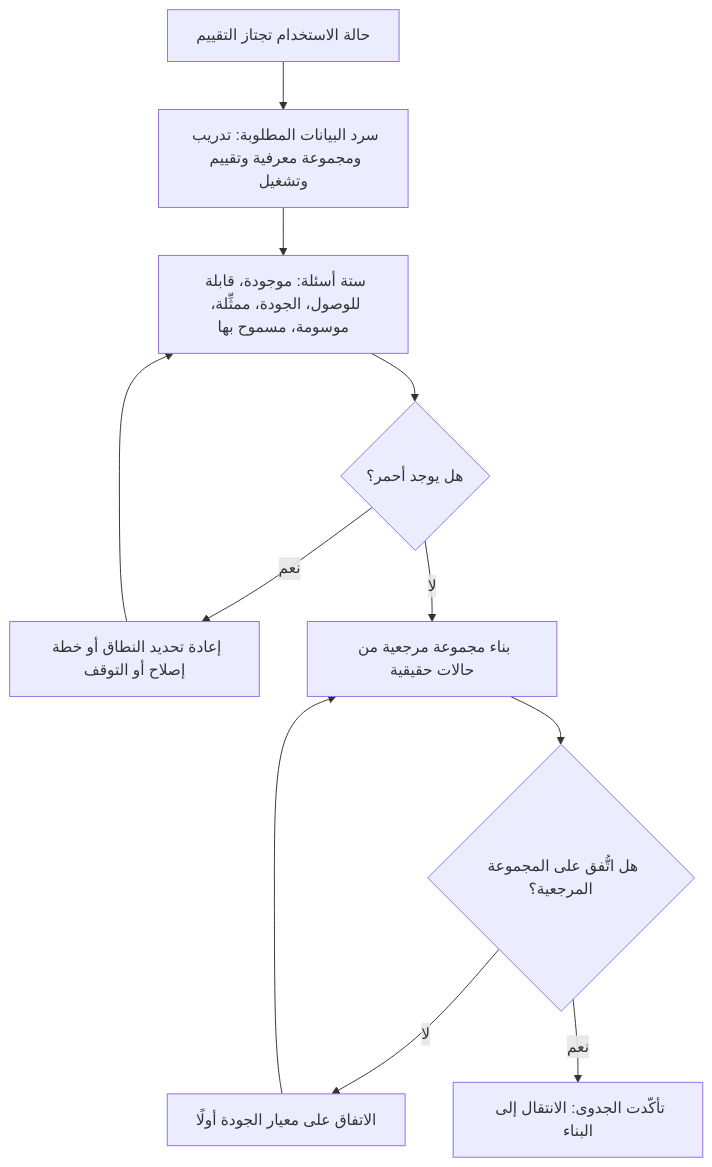
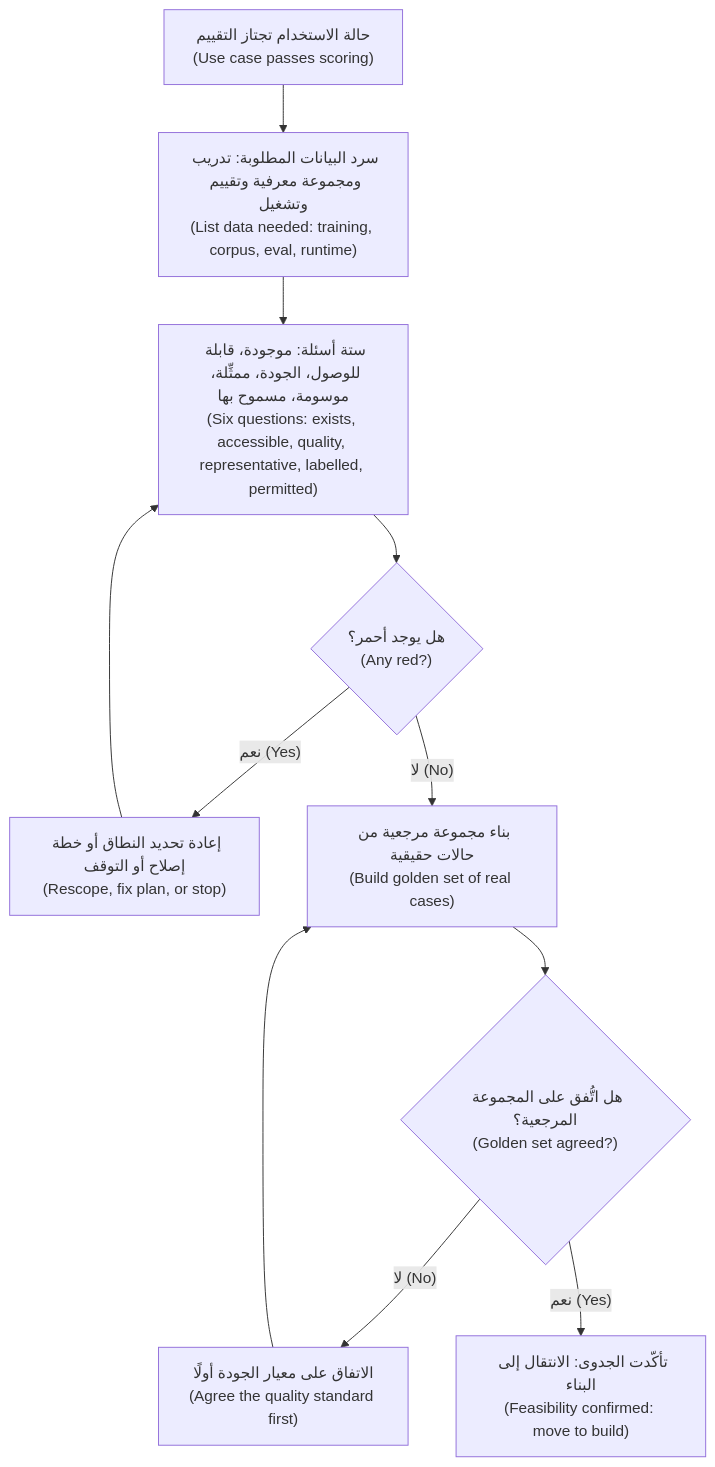
One commit to Tamoura/system-design-for-vibe-coders changed the first of 3 diagrams in aipm/modules/03-data.ar.md. Above: the diagram before and after it, drawn with Mermaid. The commit also changed other lines of this file and 9 other files, not shown here.

First line of the commit message:
AI PM course (AR): right-to-left diagrams with English labels

````diff
--- a/aipm/modules/03-data.ar.md
+++ b/aipm/modules/03-data.ar.md
@@ -77,13 +77,13 @@
 ```mermaid
 flowchart TD
-    A["حالة الاستخدام تجتاز التقييم"] --> B["سرد البيانات المطلوبة: تدريب ومجموعة معرفية وتقييم وتشغيل"]
-    B --> C["ستة أسئلة: موجودة، قابلة للوصول، الجودة، ممثِّلة، موسومة، مسموح بها"]
-    C --> D{"هل يوجد أحمر؟"}
-    D -- "نعم" --> E["إعادة تحديد النطاق أو خطة إصلاح أو التوقف"]
-    D -- "لا" --> F["بناء مجموعة مرجعية من حالات حقيقية"]
+    A["حالة الاستخدام تجتاز التقييم<br/>(Use case passes scoring)"] --> B["سرد البيانات المطلوبة: تدريب ومجموعة معرفية وتقييم وتشغيل<br/>(List data needed: training, corpus, eval, runtime)"]
+    B --> C["ستة أسئلة: موجودة، قابلة للوصول، الجودة، ممثِّلة، موسومة، مسموح بها<br/>(Six questions: exists, accessible, quality, representative, labelled, permitted)"]
+    C --> D{"هل يوجد أحمر؟<br/>(Any red?)"}
+    D -- "نعم (Yes)" --> E["إعادة تحديد النطاق أو خطة إصلاح أو التوقف<br/>(Rescope, fix plan, or stop)"]
+    D -- "لا (No)" --> F["بناء مجموعة مرجعية من حالات حقيقية<br/>(Build golden set of real cases)"]
     E --> C
-    F --> G{"هل اتُّفق على المجموعة المرجعية؟"}
-    G -- "لا" --> H["الاتفاق على معيار الجودة أولًا"]
-    G -- "نعم" --> I["تأكّدت الجدوى: الانتقال إلى البناء"]
+    F --> G{"هل اتُّفق على المجموعة المرجعية؟<br/>(Golden set agreed?)"}
+    G -- "لا (No)" --> H["الاتفاق على معيار الجودة أولًا<br/>(Agree the quality standard first)"]
+    G -- "نعم (Yes)" --> I["تأكّدت الجدوى: الانتقال إلى البناء<br/>(Feasibility confirmed: move to build)"]
     H --> F
 ```
````
